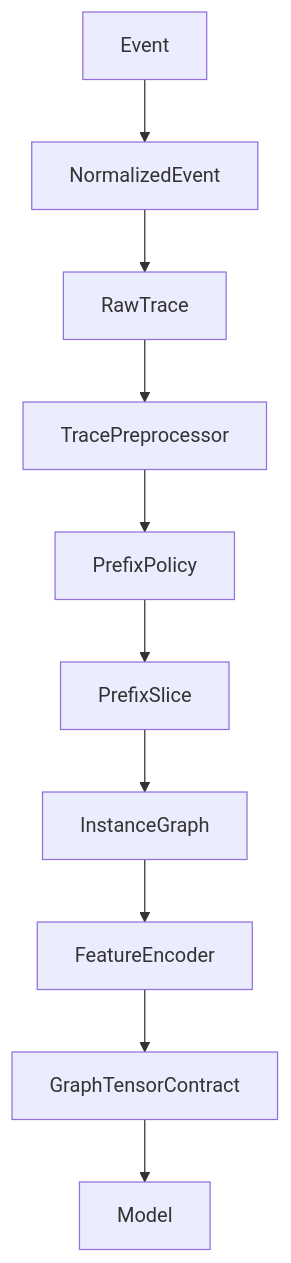
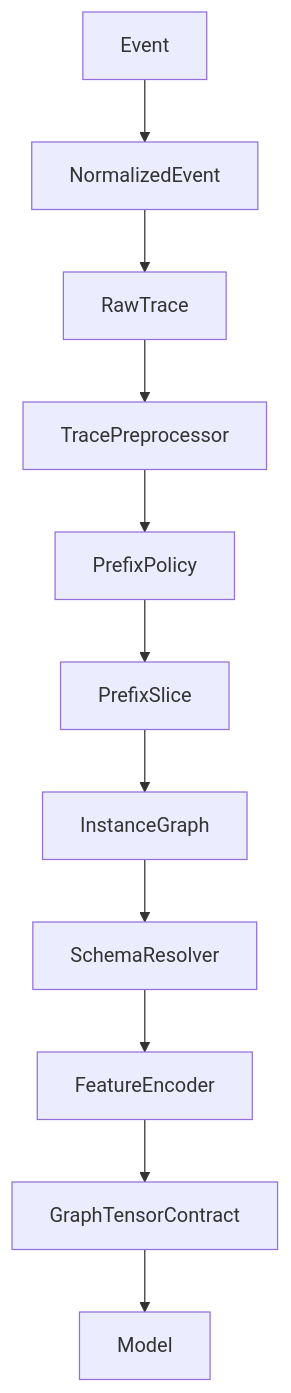
Before and after one commit to ghsrg/bpm_prediction: the fifth of 5 diagrams in ARCHITECTURE_MVP1.MD, drawn with Mermaid. The commit also changed other lines of this file and 20 other files, not shown here.

Commit message:
docs: restore key mermaid schemas in architecture, flows, and data model

````diff
--- a/ARCHITECTURE_MVP1.MD
+++ b/ARCHITECTURE_MVP1.MD
@@ -214,12 +160,13 @@
 ```mermaid
 flowchart TD
     Event --> NormalizedEvent
     NormalizedEvent --> RawTrace
     RawTrace --> TracePreprocessor
     TracePreprocessor --> PrefixPolicy
     PrefixPolicy --> PrefixSlice
     PrefixSlice --> InstanceGraph
-    InstanceGraph --> FeatureEncoder
+    InstanceGraph --> SchemaResolver
+    SchemaResolver --> FeatureEncoder
     FeatureEncoder --> GraphTensorContract
     GraphTensorContract --> Model
 ```
````
